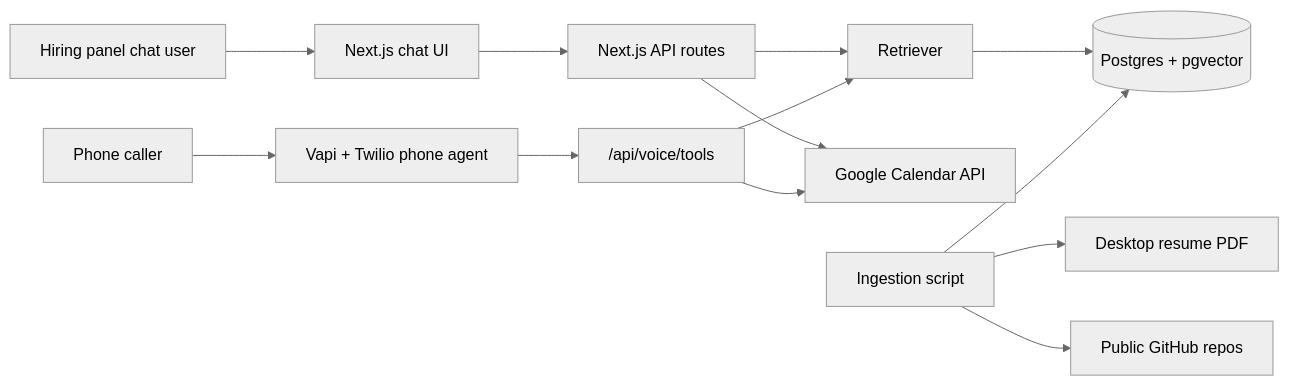
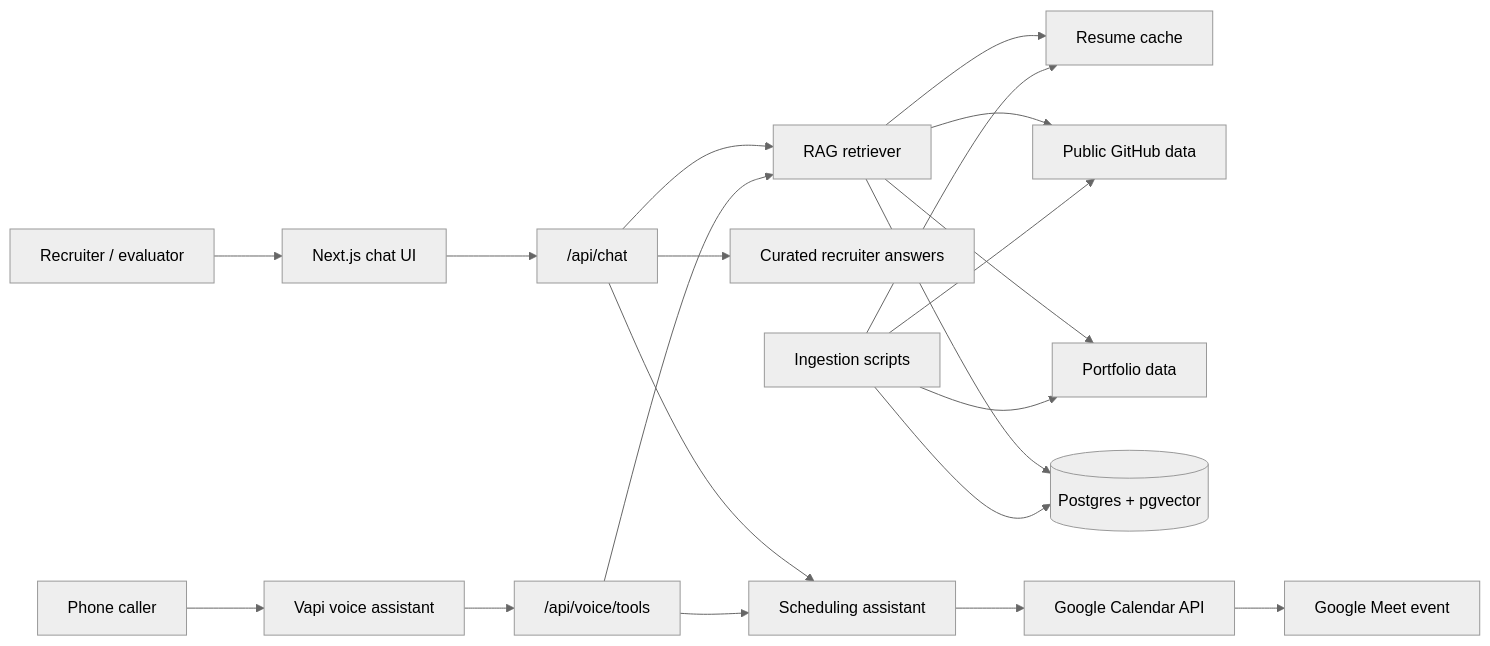
The diagram in README.md (sankalpshukla7474-creator/ai-persona-voice-rag-platform), drawn with Mermaid (neutral theme) before and after one commit. The commit also changed other lines of this file, not shown here.

Commit message:
Polish public README for submission

````diff
--- a/README.md
+++ b/README.md
@@ -7,15 +31,27 @@
 ```mermaid
 flowchart LR
-  User["Hiring panel chat user"] --> Chat["Next.js chat UI"]
-  Caller["Phone caller"] --> Vapi["Vapi + Twilio phone agent"]
-  Chat --> API["Next.js API routes"]
+  Recruiter["Recruiter / evaluator"] --> ChatUI["Next.js chat UI"]
+  Caller["Phone caller"] --> Vapi["Vapi voice assistant"]
+
+  ChatUI --> ChatAPI["/api/chat"]
   Vapi --> VoiceTools["/api/voice/tools"]
-  API --> RAG["Retriever"]
-  VoiceTools --> RAG
-  RAG --> DB[("Postgres + pgvector")]
-  API --> Calendar["Google Calendar API"]
-  VoiceTools --> Calendar
-  Ingest["Ingestion script"] --> Resume["Desktop resume PDF"]
-  Ingest --> GitHub["Public GitHub repos"]
-  Ingest --> DB
+
+  ChatAPI --> Scheduler["Scheduling assistant"]
+  VoiceTools --> Scheduler
+  ChatAPI --> RecruiterAnswers["Curated recruiter answers"]
+  ChatAPI --> Retriever["RAG retriever"]
+  VoiceTools --> Retriever
+
+  Retriever --> Resume["Resume cache"]
+  Retriever --> GitHub["Public GitHub data"]
+  Retriever --> Portfolio["Portfolio data"]
+  Retriever --> Postgres[("Postgres + pgvector")]
+
+  Scheduler --> Calendar["Google Calendar API"]
+  Calendar --> Meet["Google Meet event"]
+
+  Ingestion["Ingestion scripts"] --> Resume
+  Ingestion --> GitHub
+  Ingestion --> Portfolio
+  Ingestion --> Postgres
 ```
````
